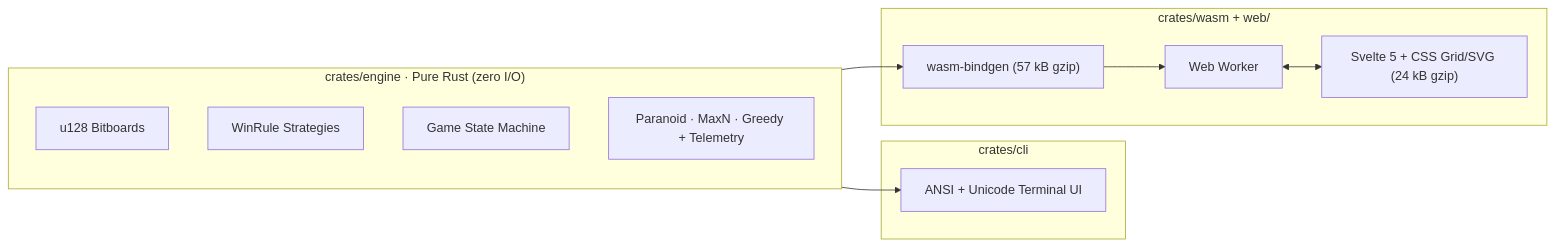
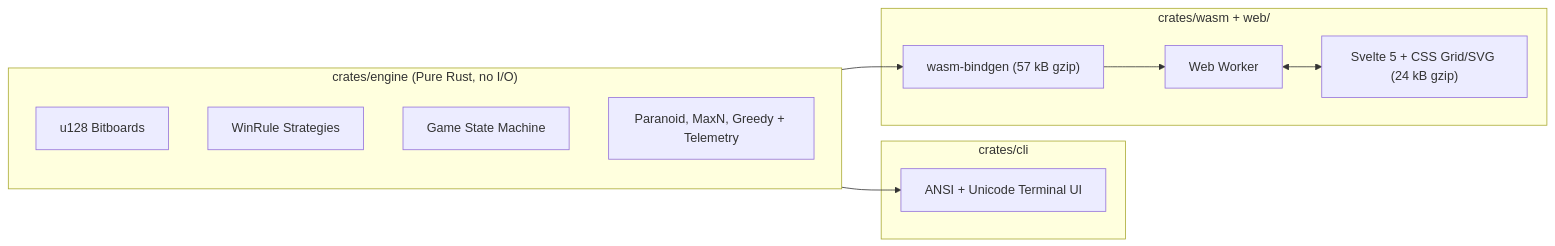
One commit to syntaxval/tic-tac-twist-neo changed the diagram in README.md. Above: the diagram before and after it, drawn with Mermaid. The commit also changed other lines of this file and 6 other files, not shown here.

````diff
--- a/README.md
+++ b/README.md
@@ -43,22 +34,22 @@
 ```mermaid
 flowchart LR
-    subgraph Core["crates/engine · Pure Rust (zero I/O)"]
+    subgraph Core["crates/engine (Pure Rust, no I/O)"]
         Board["u128 Bitboards"]
         Rules["WinRule Strategies"]
         Game["Game State Machine"]
-        AI["Paranoid · MaxN · Greedy + Telemetry"]
+        AI["Paranoid, MaxN, Greedy + Telemetry"]
     end
 
     subgraph Native["crates/cli"]
         CLI["ANSI + Unicode Terminal UI"]
     end
 
     subgraph Browser["crates/wasm + web/"]
         WASM["wasm-bindgen (57 kB gzip)"]
         Worker["Web Worker"]
         UI["Svelte 5 + CSS Grid/SVG (24 kB gzip)"]
     end
 
     Core --> CLI
     Core --> WASM --> Worker <--> UI
 ```
````
